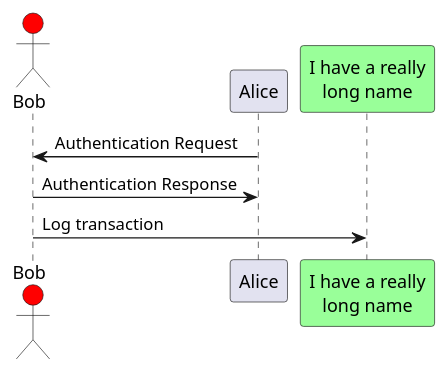
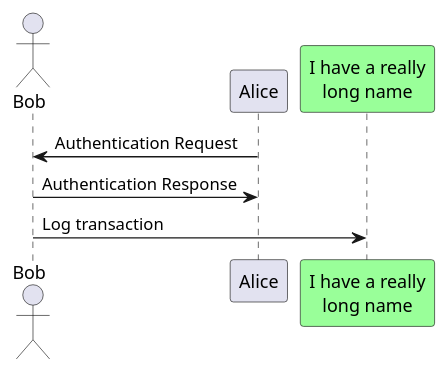
Before and after one commit to parksanghoon-sys/ProgrammingStudy: the diagram in Etc/Car_Class_Diagram.puml, drawn with PlantUML. The commit also changed 7 other files, not shown here.

```diff
--- a/Etc/Car_Class_Diagram.puml
+++ b/Etc/Car_Class_Diagram.puml
@@ -1,13 +1,13 @@
 @startuml
-actor Bob #red
+actor Bob 
 ' The only difference between actor
 'and participant is the drawing
 participant Alice
 participant "I have a really\nlong name" as L #99FF99
 /' You can also declare:
 participant L as "I have a really\nlong name" #99FF99
 '/
 Alice->Bob: Authentication Request
 Bob->Alice: Authentication Response
 Bob->L: Log transaction
 @enduml
```
